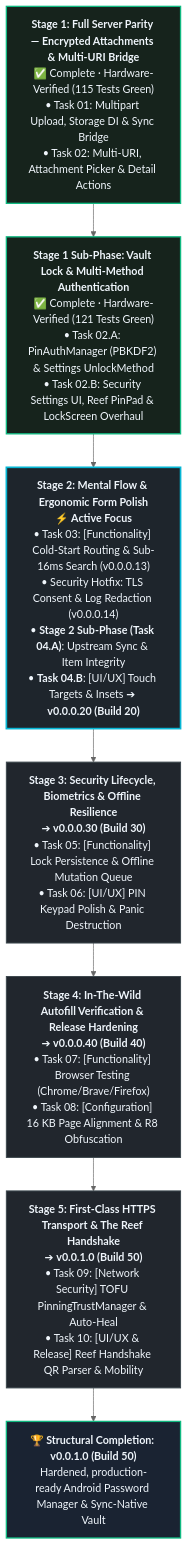
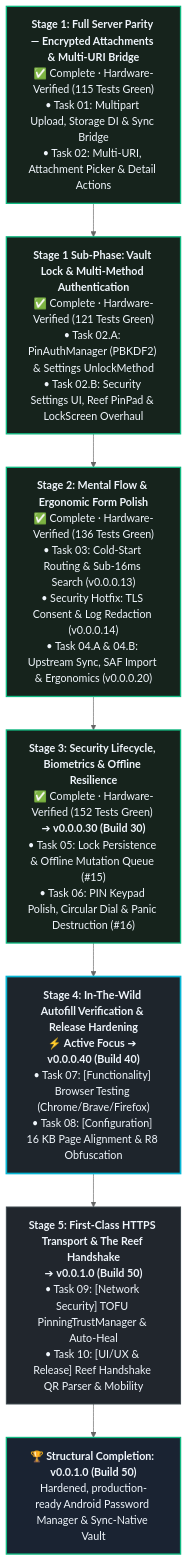
Before and after one commit to ClawStackStudios/ShellGuard-Mobile: the diagram in ROADMAP.md, drawn with Mermaid (neutral theme). The commit also changed other lines of this file and 9 other files, not shown here.

First line of the commit message:
docs(release): walk-the-docs alignment & version bump for v0.0.0.30 (Build 30)

````diff
--- a/ROADMAP.md
+++ b/ROADMAP.md
@@ -26,23 +26,23 @@
 ```mermaid
 flowchart TD
     classDef completedStage fill:#16231C,stroke:#10B981,stroke-width:2px,color:#F0F6FC;
     classDef activeStage fill:#1E252C,stroke:#06B6D4,stroke-width:2.5px,color:#F0F6FC;
     classDef futureStage fill:#21262D,stroke:#3D484E,stroke-width:1.5px,color:#F0F6FC;
     classDef targetMilestone fill:#1A2332,stroke:#10B981,stroke-width:2px,color:#F0F6FC;
 
     S1["<b>Stage 1: Full Server Parity — Encrypted Attachments & Multi-URI Bridge</b><br/>✅ Complete · Hardware-Verified (115 Tests Green)<br/>• Task 01: Multipart Upload, Storage DI & Sync Bridge<br/>• Task 02: Multi-URI, Attachment Picker & Detail Actions"]:::completedStage
 
     S1_SUB["<b>Stage 1 Sub-Phase: Vault Lock & Multi-Method Authentication</b><br/>✅ Complete · Hardware-Verified (121 Tests Green)<br/>• Task 02.A: PinAuthManager (PBKDF2) & Settings UnlockMethod<br/>• Task 02.B: Security Settings UI, Reef PinPad & LockScreen Overhaul"]:::completedStage
 
-    S2["<b>Stage 2: Mental Flow & Ergonomic Form Polish</b><br/>⚡ <b>Active Focus</b><br/>• Task 03: [Functionality] Cold-Start Routing & Sub-16ms Search (v0.0.0.13)<br/>• Security Hotfix: TLS Consent & Log Redaction (v0.0.0.14)<br/>• <b>Stage 2 Sub-Phase (Task 04.A)</b>: Upstream Sync & Item Integrity<br/>• <b>Task 04.B</b>: [UI/UX] Touch Targets & Insets ➔ <b>v0.0.0.20 (Build 20)</b>"]:::activeStage
+    S2["<b>Stage 2: Mental Flow & Ergonomic Form Polish</b><br/>✅ Complete · Hardware-Verified (136 Tests Green)<br/>• Task 03: Cold-Start Routing & Sub-16ms Search (v0.0.0.13)<br/>• Security Hotfix: TLS Consent & Log Redaction (v0.0.0.14)<br/>• Task 04.A & 04.B: Upstream Sync, SAF Import & Ergonomics (v0.0.0.20)"]:::completedStage
 
-    S3["<b>Stage 3: Security Lifecycle, Biometrics & Offline Resilience</b><br/>➔ <b>v0.0.0.30 (Build 30)</b><br/>• Task 05: [Functionality] Lock Persistence & Offline Mutation Queue<br/>• Task 06: [UI/UX] PIN Keypad Polish & Panic Destruction"]:::futureStage
+    S3["<b>Stage 3: Security Lifecycle, Biometrics & Offline Resilience</b><br/>✅ Complete · Hardware-Verified (152 Tests Green) ➔ <b>v0.0.0.30 (Build 30)</b><br/>• Task 05: Lock Persistence & Offline Mutation Queue (#15)<br/>• Task 06: PIN Keypad Polish, Circular Dial & Panic Destruction (#16)"]:::completedStage
 
-    S4["<b>Stage 4: In-The-Wild Autofill Verification & Release Hardening</b><br/>➔ <b>v0.0.0.40 (Build 40)</b><br/>• Task 07: [Functionality] Browser Testing (Chrome/Brave/Firefox)<br/>• Task 08: [Configuration] 16 KB Page Alignment & R8 Obfuscation"]:::futureStage
+    S4["<b>Stage 4: In-The-Wild Autofill Verification & Release Hardening</b><br/>⚡ <b>Active Focus</b> ➔ <b>v0.0.0.40 (Build 40)</b><br/>• Task 07: [Functionality] Browser Testing (Chrome/Brave/Firefox)<br/>• Task 08: [Configuration] 16 KB Page Alignment & R8 Obfuscation"]:::activeStage
 
     S5["<b>Stage 5: First-Class HTTPS Transport & The Reef Handshake</b><br/>➔ <b>v0.0.1.0 (Build 50)</b><br/>• Task 09: [Network Security] TOFU PinningTrustManager & Auto-Heal<br/>• Task 10: [UI/UX & Release] Reef Handshake QR Parser & Mobility"]:::futureStage
 
     M1["<b>🏆 Structural Completion: v0.0.1.0 (Build 50)</b><br/>Hardened, production-ready Android Password Manager & Sync-Native Vault"]:::targetMilestone
 
     S1 --> S1_SUB --> S2 --> S3 --> S4 --> S5 --> M1
 ```
````
